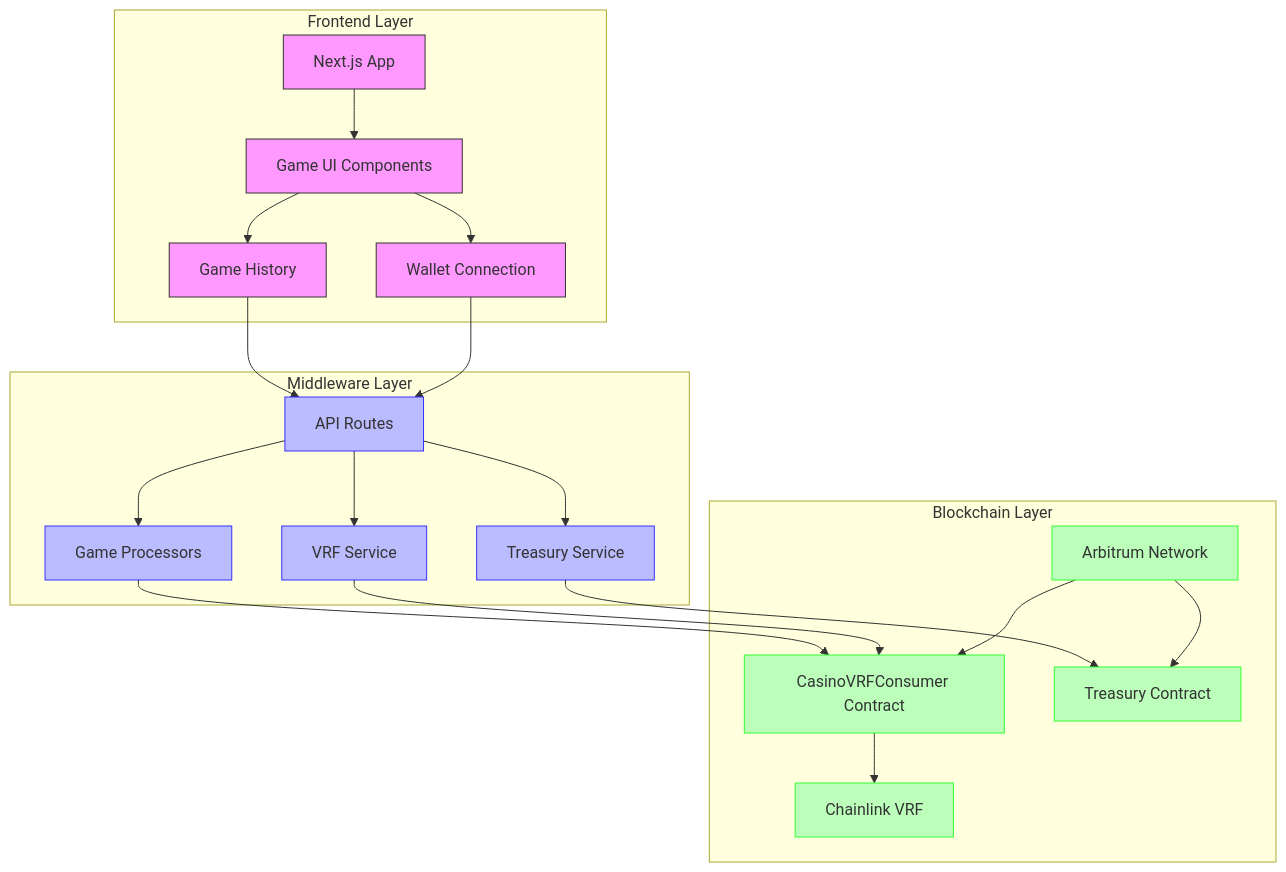
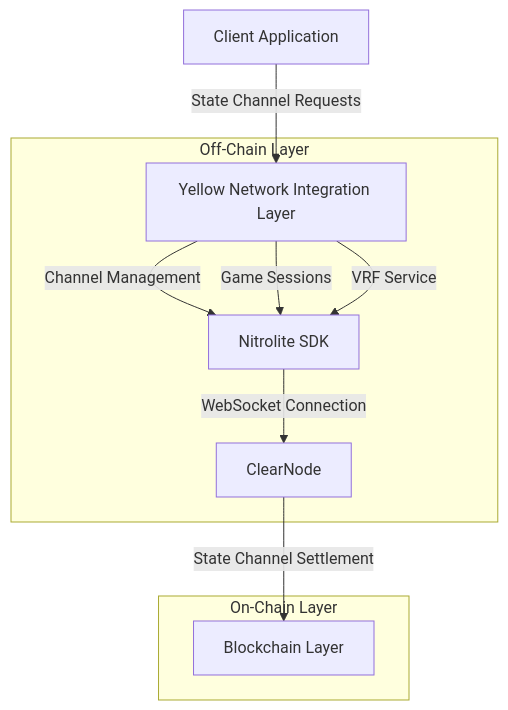
One commit to AmaanSayyad/APT-Casino-Yellow changed the diagram in README.md. Above: the diagram before and after it, drawn with Mermaid. The commit also changed other lines of this file, not shown here.

````diff
--- a/README.md
+++ b/README.md
@@ -113,34 +14,19 @@
 ```mermaid
-graph TB
-    subgraph "Frontend Layer"
-        A[Next.js App] --> B[Game UI Components]
-        B --> C[Wallet Connection]
-        B --> D[Game History]
+graph TD
+    A[Client Application] -->|State Channel Requests| B[Yellow Network Integration Layer]
+    B -->|Channel Management| C[Nitrolite SDK]
+    B -->|Game Sessions| C
+    B -->|VRF Service| C
+    C -->|WebSocket Connection| D[ClearNode]
+    D -->|State Channel Settlement| E[Blockchain Layer]
+    
+    subgraph "Off-Chain Layer"
+    B
+    C
+    D
     end
     
-    subgraph "Middleware Layer"
-        E[API Routes] --> F[VRF Service]
-        E --> G[Game Processors]
-        E --> H[Treasury Service]
+    subgraph "On-Chain Layer"
+    E
     end
-    
-    subgraph "Blockchain Layer"
-        I[Arbitrum Network] --> J[CasinoVRFConsumer Contract]
-        J --> K[Chainlink VRF]
-        I --> L[Treasury Contract]
-    end
-    
-    C --> E
-    D --> E
-    F --> J
-    G --> J
-    H --> L
-    
-    classDef frontend fill:#f9f,stroke:#333,stroke-width:1px
-    classDef middleware fill:#bbf,stroke:#33f,stroke-width:1px
-    classDef blockchain fill:#bfb,stroke:#3f3,stroke-width:1px
-    
-    class A,B,C,D frontend
-    class E,F,G,H middleware
-    class I,J,K,L blockchain
 ```
````
